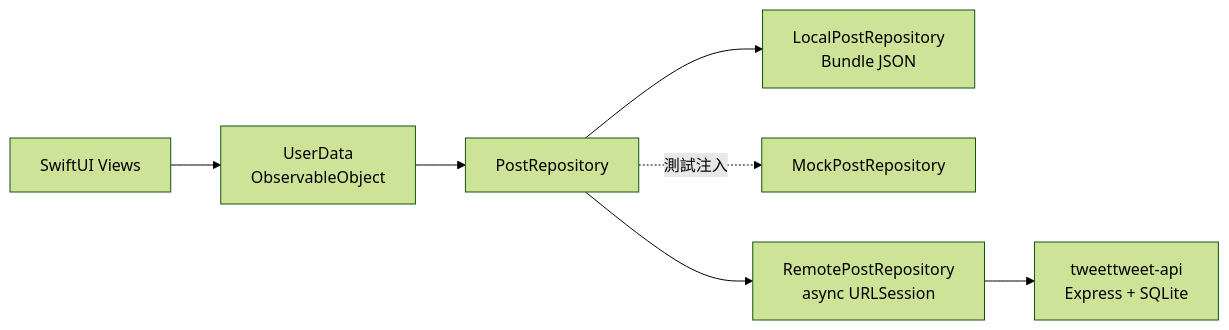
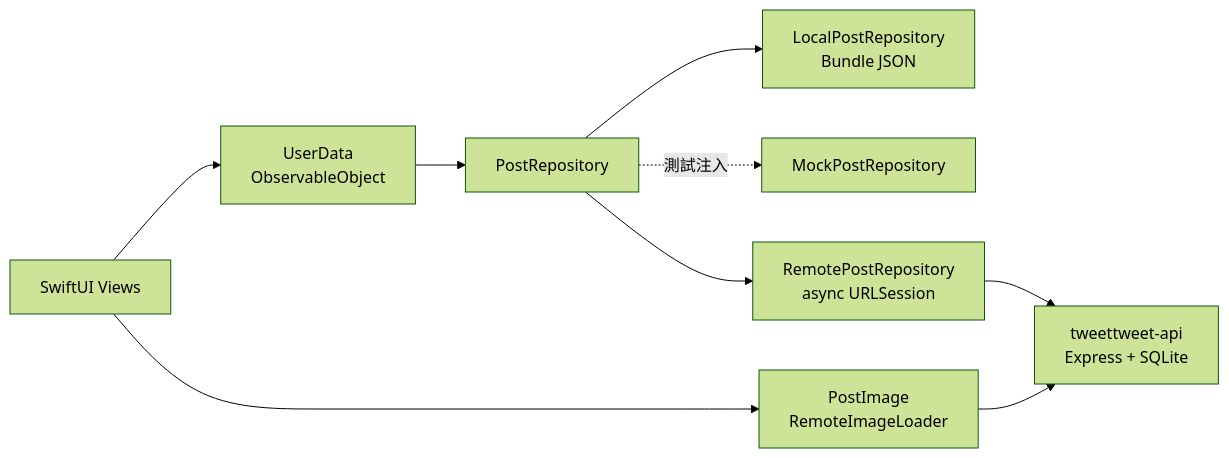
The diagram in README.md (cowton0627/tweetTweet), drawn with Mermaid (forest theme) before and after one commit. The commit also changed other lines of this file and 2 other files, not shown here.

````diff
--- a/README.md
+++ b/README.md
@@ -51,9 +51,11 @@
 ```mermaid
 flowchart LR
     View["SwiftUI Views"] --> State["UserData<br/>ObservableObject"]
     State --> Contract["PostRepository"]
     Contract --> Local["LocalPostRepository<br/>Bundle JSON"]
     Contract -. 測試注入 .-> Mock["MockPostRepository"]
     Contract --> Remote["RemotePostRepository<br/>async URLSession"]
     Remote --> API["tweettweet-api<br/>Express + SQLite"]
+    View --> Images["PostImage<br/>RemoteImageLoader"]
+    Images --> API
 ```
````
